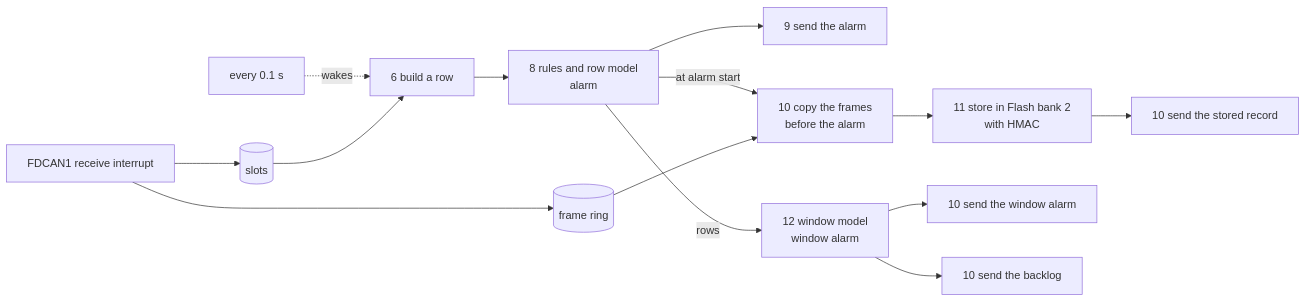
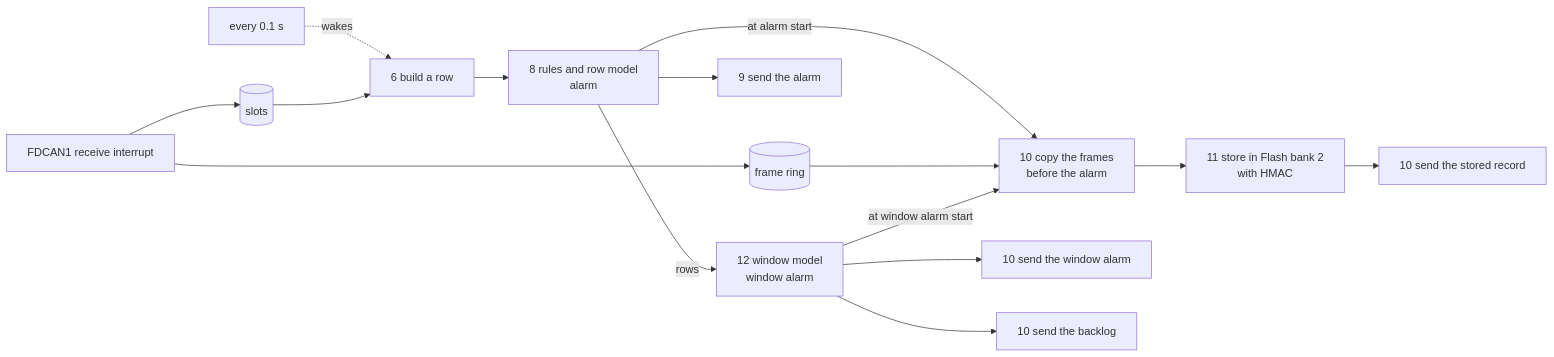
One commit to asana17/ai_can_anomaly_detection changed the diagram in board/application/ai_can_anomaly_detection/README.md. Above: the diagram before and after it, drawn with Mermaid. The commit also changed other lines of this file and 6 other files, not shown here.

Commit message:
feat(board): store the frames behind the window alarm too

````diff
--- a/board/application/ai_can_anomaly_detection/README.md
+++ b/board/application/ai_can_anomaly_detection/README.md
@@ -17,16 +17,17 @@
 ```mermaid
 flowchart LR
     irq["FDCAN1 receive interrupt"] --> slots[(slots)]
     irq --> ring[(frame ring)]
     tick["every 0.1 s"] -. wakes .-> pre
     slots --> pre["6 build a row"]
     pre --> row["8 rules and row model<br/>alarm"]
     row --> report["9 send the alarm"]
     row -- at alarm start --> copy["10 copy the frames<br/>before the alarm"]
     ring --> copy
     copy --> store["11 store in Flash bank 2<br/>with HMAC"]
     store --> record["10 send the stored record"]
     row -- rows --> win["12 window model<br/>window alarm"]
+    win -- at window alarm start --> copy
     win --> window_report["10 send the window alarm"]
     win --> backlog["10 send the backlog"]
 ```
````
